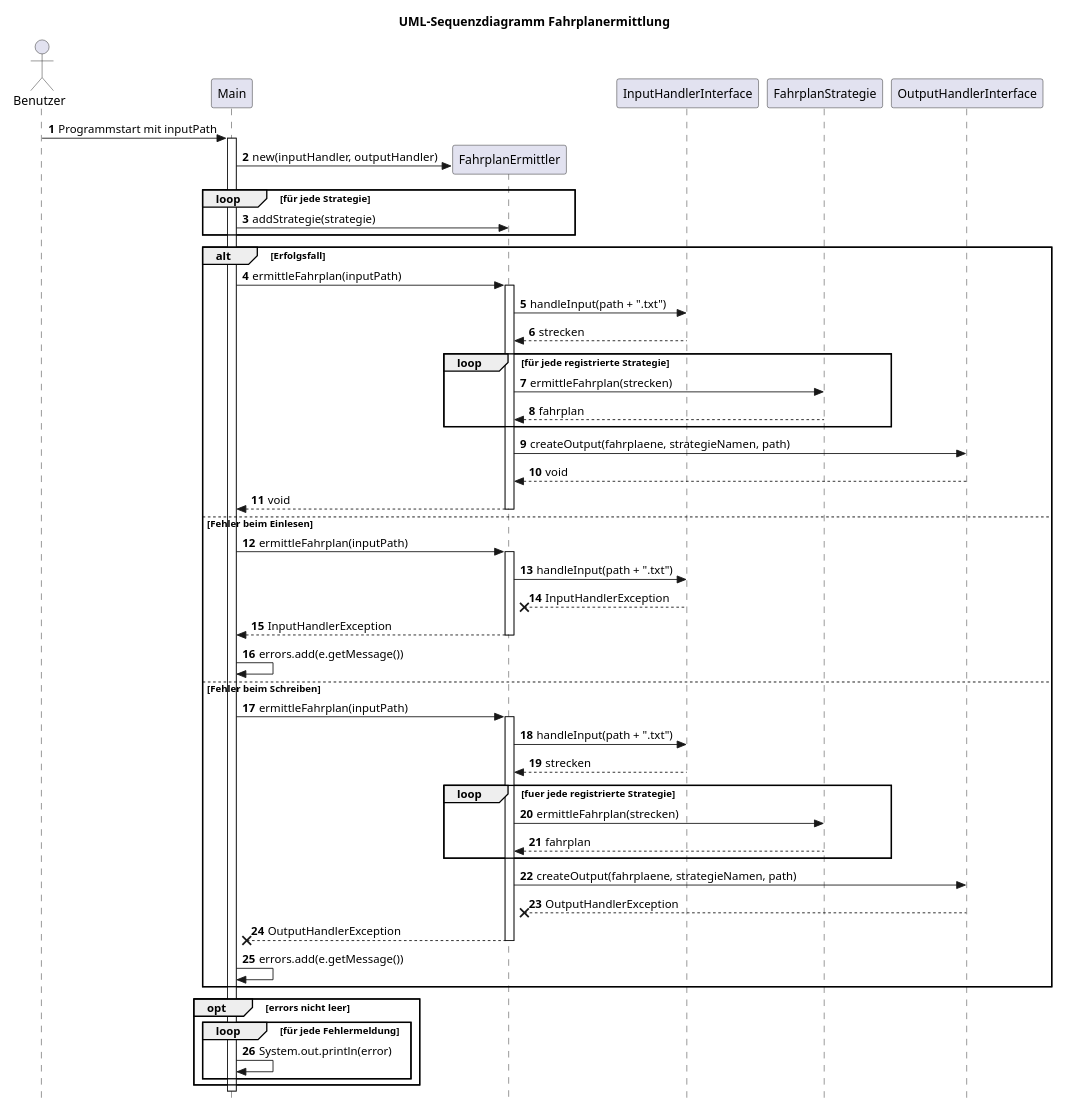
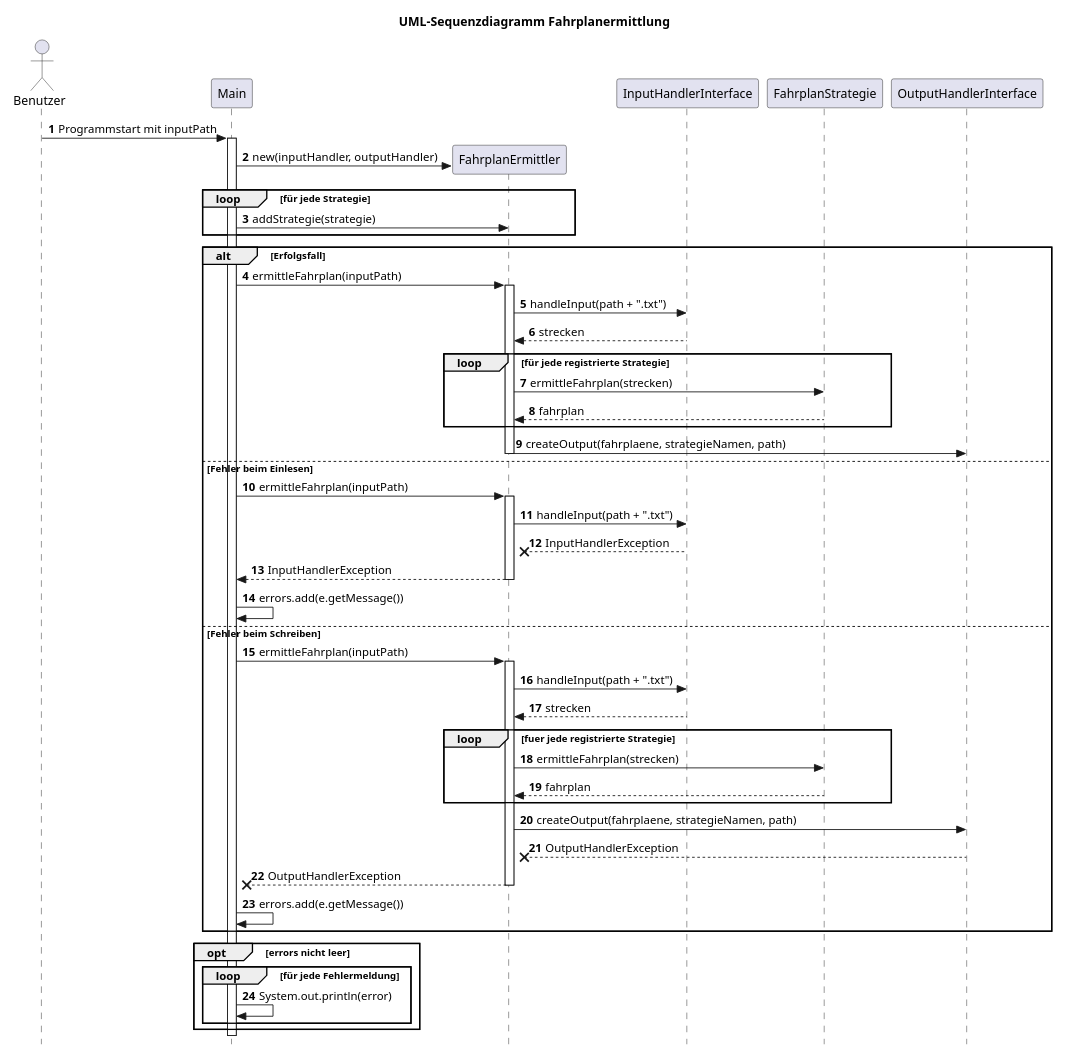
Before and after one commit to TheMonou/GroPro-IHK: the diagram in Dokumentation/Diagramme/Sequenzdiagramme/fahrplanermittlung_sequenzdiagramm.puml, drawn with PlantUML. The commit also changed 40 other files, not shown here.

```diff
--- a/Dokumentation/Diagramme/Sequenzdiagramme/fahrplanermittlung_sequenzdiagramm.puml
+++ b/Dokumentation/Diagramme/Sequenzdiagramme/fahrplanermittlung_sequenzdiagramm.puml
@@ -1,75 +1,74 @@
 @startuml
 skinparam style strictuml
 hide footbox
 scale max 800 width
 autonumber
 
 title UML-Sequenzdiagramm Fahrplanermittlung
 
 actor Benutzer
 participant Main
 participant "FahrplanErmittler" as FE
 participant "InputHandlerInterface" as IHI
 participant "FahrplanStrategie" as FS
 participant "OutputHandlerInterface" as OHI
 
 Benutzer -> Main: Programmstart mit inputPath
 activate Main
 create FE
 Main -> FE: new(inputHandler, outputHandler)
 
 loop für jede Strategie
   Main -> FE: addStrategie(strategie)
 end
 
 alt Erfolgsfall
   Main -> FE: ermittleFahrplan(inputPath)
   activate FE
   FE -> IHI: handleInput(path + ".txt")
   IHI --> FE: strecken
 
   loop für jede registrierte Strategie
     FE -> FS: ermittleFahrplan(strecken)
     FS --> FE: fahrplan
   end
 
   FE -> OHI: createOutput(fahrplaene, strategieNamen, path)
-  OHI --> FE: void
-  FE --> Main: void
+
   deactivate FE
 
 else Fehler beim Einlesen
   Main -> FE: ermittleFahrplan(inputPath)
   activate FE
   FE -> IHI: handleInput(path + ".txt")
   IHI --x FE: InputHandlerException
   FE --> Main: InputHandlerException
   deactivate FE
   Main -> Main: errors.add(e.getMessage())
 
 else Fehler beim Schreiben
   Main -> FE: ermittleFahrplan(inputPath)
   activate FE
   FE -> IHI: handleInput(path + ".txt")
   IHI --> FE: strecken
 
   loop fuer jede registrierte Strategie
     FE -> FS: ermittleFahrplan(strecken)
     FS --> FE: fahrplan
   end
 
   FE -> OHI: createOutput(fahrplaene, strategieNamen, path)
   OHI --x FE: OutputHandlerException
   FE --x Main: OutputHandlerException
   deactivate FE
   Main -> Main: errors.add(e.getMessage())
 end
 
 opt errors nicht leer
   loop für jede Fehlermeldung
     Main -> Main: System.out.println(error)
   end
 end
 
 deactivate Main
 @enduml
```
